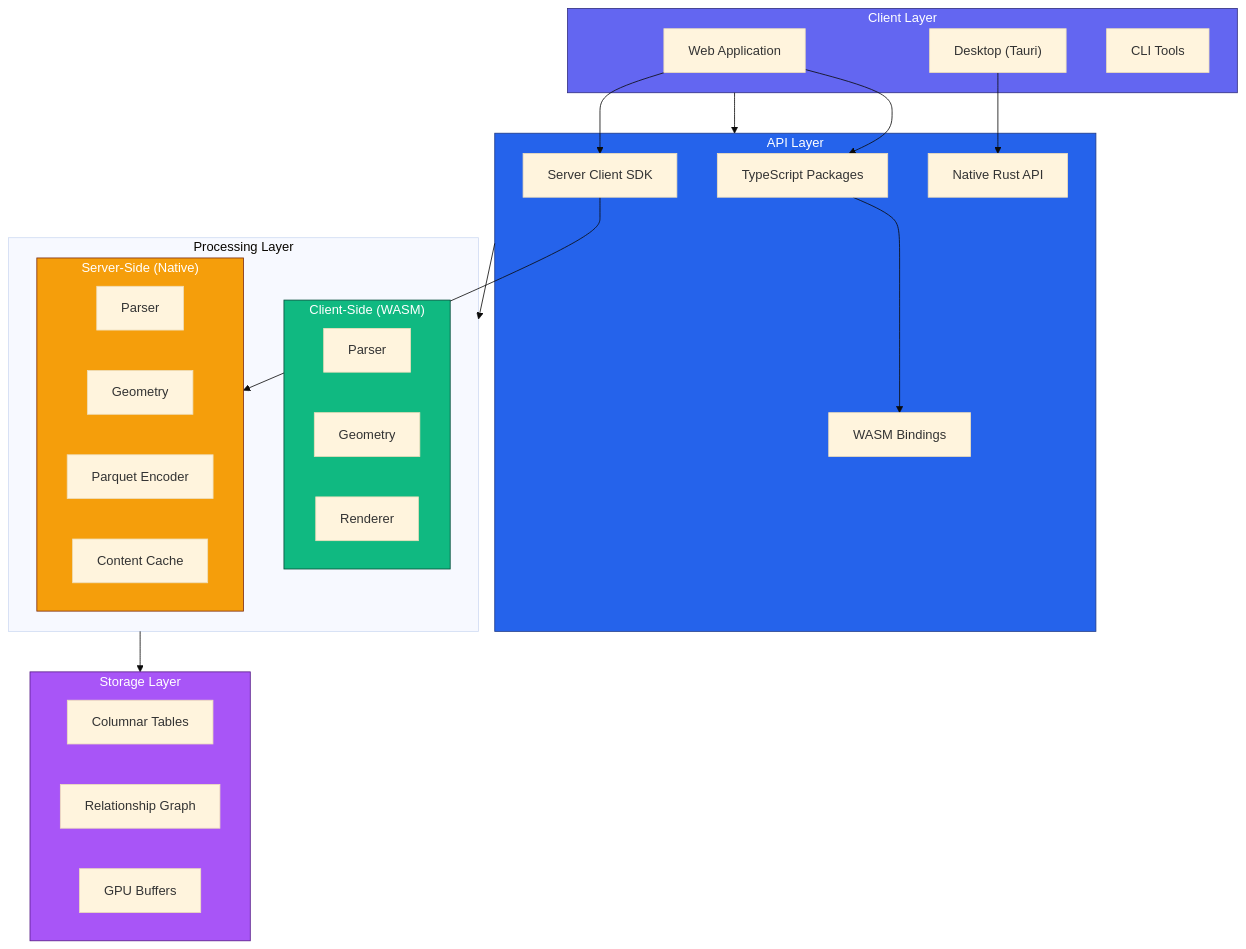
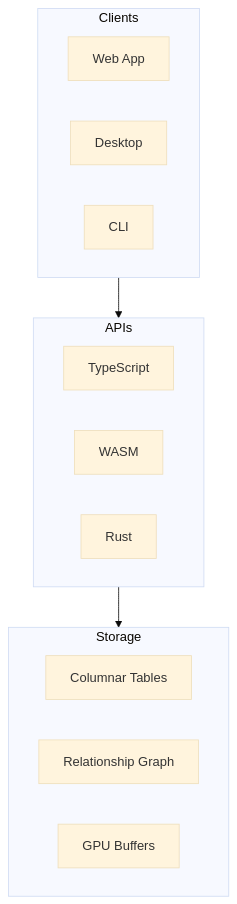
Before and after one commit to louistrue/ifc-lite: the first of 18 diagrams in docs/architecture/overview.md, drawn with Mermaid (base theme). The commit also changed other lines of this file, not shown here.

Commit message:
fix architecture diagram (#143)
* fix: replace unreadable mermaid architecture diagram with ASCII

The complex nested mermaid subgraphs were rendering with overlapping
boxes and confusing arrows. Replaced with a clean ASCII box diagram
that clearly shows the layer hierarchy.

* fix: simplify architecture diagrams into readable mermaid

Split the complex nested diagram into two clean diagrams:
- Layer Overview: shows client → API → storage flow
- Processing Paradigms: shows WASM vs Native paths side by side

Avoids nested subgraphs which caused rendering issues.

---------

````diff
--- a/docs/architecture/overview.md
+++ b/docs/architecture/overview.md
@@ -9,52 +11,26 @@
 ```mermaid
 flowchart TB
-    subgraph Client["Client Layer"]
-        Web["Web Application"]
-        Desktop["Desktop (Tauri)"]
-        CLI["CLI Tools"]
+    subgraph Clients["Clients"]
+        direction LR
+        Web["Web App"]
+        Desktop["Desktop"]
+        CLI["CLI"]
     end
 
-    subgraph API["API Layer"]
-        TSApi["TypeScript Packages"]
-        ServerSDK["Server Client SDK"]
-        WasmApi["WASM Bindings"]
-        RustApi["Native Rust API"]
+    subgraph APIs["APIs"]
+        direction LR
+        TS["TypeScript"]
+        WASM["WASM"]
+        Rust["Rust"]
     end
 
-    subgraph Processing["Processing Layer"]
-        subgraph ClientSide["Client-Side (WASM)"]
-            Parser["Parser"]
-            Geometry["Geometry"]
-            Renderer["Renderer"]
-        end
-
-        subgraph ServerSide["Server-Side (Native)"]
-            ServerParser["Parser"]
-            ServerGeo["Geometry"]
-            Parquet["Parquet Encoder"]
-            Cache["Content Cache"]
-        end
-    end
-
-    subgraph Storage["Storage Layer"]
-        Columnar["Columnar Tables"]
+    subgraph Storage["Storage"]
+        direction LR
+        Tables["Columnar Tables"]
         Graph["Relationship Graph"]
         GPU["GPU Buffers"]
     end
 
-    Client --> API
-    API --> Processing
-    Processing --> Storage
-
-    Web --> TSApi
-    Web --> ServerSDK
-    Desktop --> RustApi
-    TSApi --> WasmApi
-    ServerSDK --> ServerSide
-
-    style Client fill:#6366f1,stroke:#312e81,color:#fff
-    style API fill:#2563eb,stroke:#1e3a8a,color:#fff
-    style ClientSide fill:#10b981,stroke:#064e3b,color:#fff
-    style ServerSide fill:#f59e0b,stroke:#7c2d12,color:#fff
-    style Storage fill:#a855f7,stroke:#581c87,color:#fff
+    Clients --> APIs
+    APIs --> Storage
 ```
````
